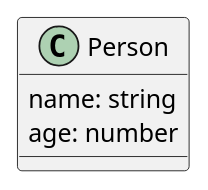
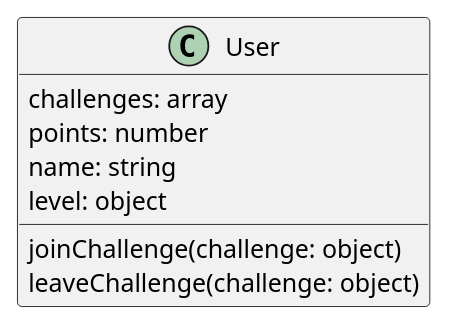
The diagram in architecture/class.puml (merti-dev/graduation-project-obifemi), drawn with PlantUML before and after one commit. The commit also changed 15 other files, not shown here.

```diff
--- a/architecture/class.puml
+++ b/architecture/class.puml
@@ -1,6 +1,11 @@
-@startuml Person 
-class Person {
+@startuml Challenge App
+class User {
+  challenges: array
+  points: number
   name: string
-  age: number
+  level: object
+  joinChallenge(challenge: object)
+  leaveChallenge(challenge: object)
+
 }
 @enduml
```
